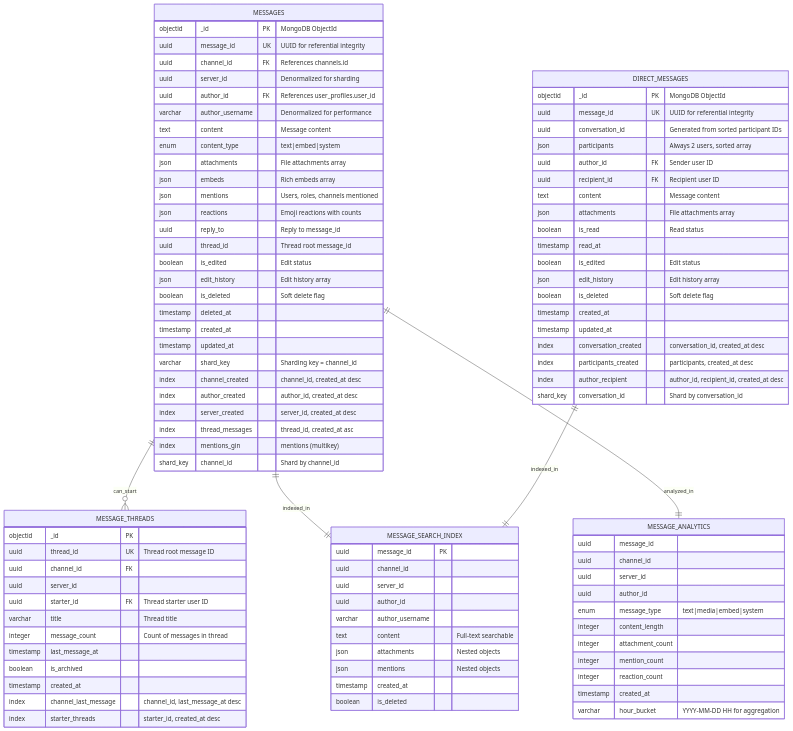
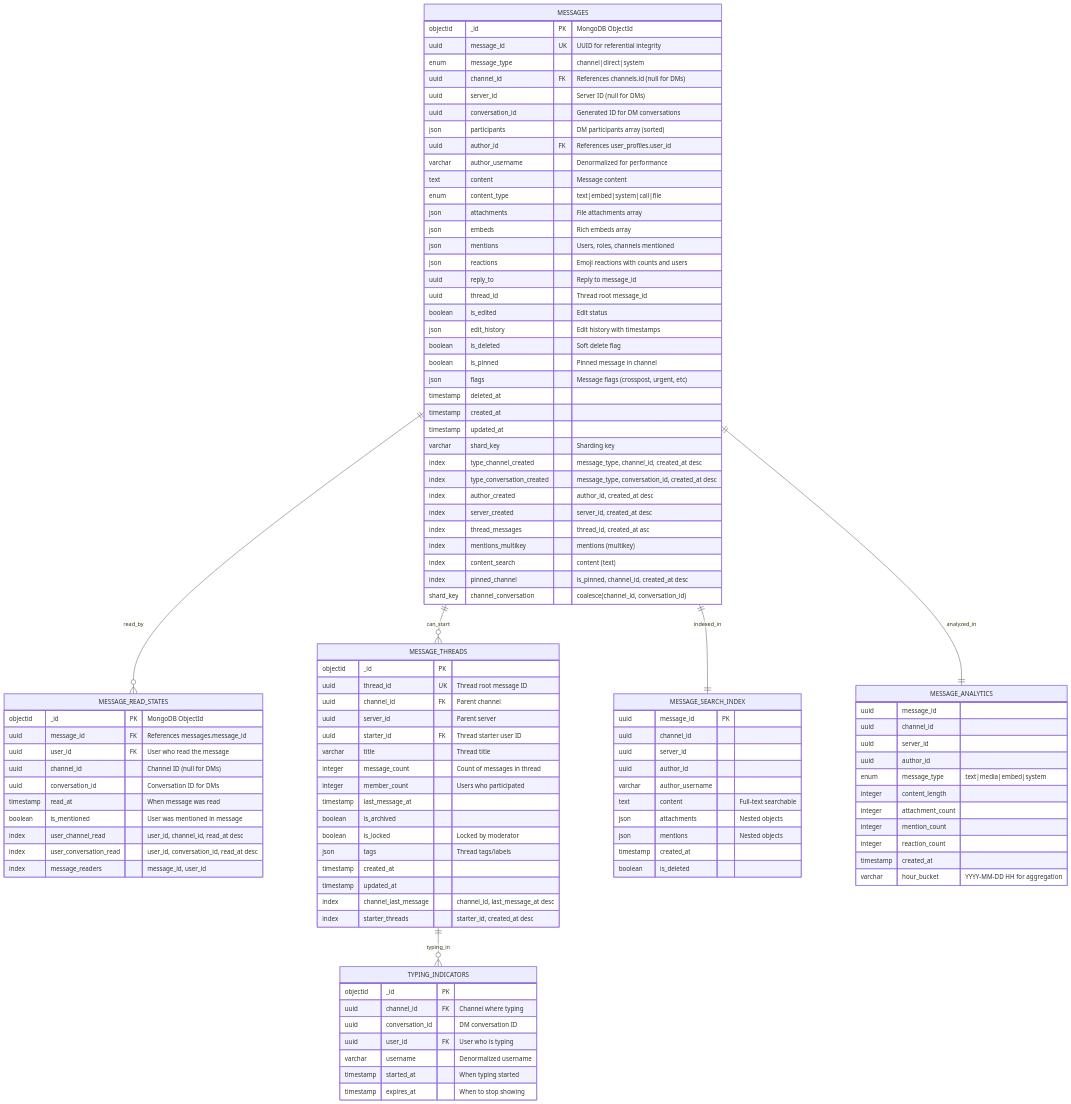
The diagram in diagrams/database/message-service-schema.mmd (NghiaTV2603/Flux-App), drawn with Mermaid before and after one commit. The commit also changed 39 other files, not shown here.

Commit message:
feat: setup server service

```diff
--- a/diagrams/database/message-service-schema.mmd
+++ b/diagrams/database/message-service-schema.mmd
@@ -1,112 +1,127 @@
 erDiagram
+    %% MESSAGE SERVICE (merged Channel Messages + Direct Messages)
     MESSAGES {
         objectid _id PK "MongoDB ObjectId"
         uuid message_id UK "UUID for referential integrity"
-        uuid channel_id FK "References channels.id"
-        uuid server_id "Denormalized for sharding"
+        enum message_type "channel|direct|system"
+        uuid channel_id FK "References channels.id (null for DMs)"
+        uuid server_id "Server ID (null for DMs)"
+        uuid conversation_id "Generated ID for DM conversations"
+        json participants "DM participants array (sorted)"
         uuid author_id FK "References user_profiles.user_id"
         varchar author_username "Denormalized for performance"
         text content "Message content"
-        enum content_type "text|embed|system"
+        enum content_type "text|embed|system|call|file"
         json attachments "File attachments array"
         json embeds "Rich embeds array"
         json mentions "Users, roles, channels mentioned"
-        json reactions "Emoji reactions with counts"
+        json reactions "Emoji reactions with counts and users"
         uuid reply_to "Reply to message_id"
         uuid thread_id "Thread root message_id"
         boolean is_edited "Edit status"
-        json edit_history "Edit history array"
+        json edit_history "Edit history with timestamps"
         boolean is_deleted "Soft delete flag"
+        boolean is_pinned "Pinned message in channel"
+        json flags "Message flags (crosspost, urgent, etc)"
         timestamp deleted_at
         timestamp created_at
         timestamp updated_at
-        varchar shard_key "Sharding key = channel_id"
+        varchar shard_key "Sharding key"
     }
     
-    DIRECT_MESSAGES {
+    MESSAGE_READ_STATES {
         objectid _id PK "MongoDB ObjectId"
-        uuid message_id UK "UUID for referential integrity"
-        uuid conversation_id "Generated from sorted participant IDs"
-        json participants "Always 2 users, sorted array"
-        uuid author_id FK "Sender user ID"
-        uuid recipient_id FK "Recipient user ID"
-        text content "Message content"
-        json attachments "File attachments array"
-        boolean is_read "Read status"
-        timestamp read_at
-        boolean is_edited "Edit status"
-        json edit_history "Edit history array"
-        boolean is_deleted "Soft delete flag"
-        timestamp created_at
-        timestamp updated_at
+        uuid message_id FK "References messages.message_id"
+        uuid user_id FK "User who read the message"
+        uuid channel_id "Channel ID (null for DMs)"
+        uuid conversation_id "Conversation ID for DMs"
+        timestamp read_at "When message was read"
+        boolean is_mentioned "User was mentioned in message"
     }
     
     MESSAGE_THREADS {
         objectid _id PK
         uuid thread_id UK "Thread root message ID"
-        uuid channel_id FK
-        uuid server_id
+        uuid channel_id FK "Parent channel"
+        uuid server_id "Parent server"
         uuid starter_id FK "Thread starter user ID"
         varchar title "Thread title"
         integer message_count "Count of messages in thread"
+        integer member_count "Users who participated"
         timestamp last_message_at
         boolean is_archived
+        boolean is_locked "Locked by moderator"
+        json tags "Thread tags/labels"
         timestamp created_at
+        timestamp updated_at
+    }
+    
+    TYPING_INDICATORS {
+        objectid _id PK
+        uuid channel_id FK "Channel where typing"
+        uuid conversation_id "DM conversation ID"
+        uuid user_id FK "User who is typing"
+        varchar username "Denormalized username"
+        timestamp started_at "When typing started"
+        timestamp expires_at "When to stop showing"
     }
     
     %% Read Models (Elasticsearch)
     MESSAGE_SEARCH_INDEX {
         uuid message_id PK
         uuid channel_id
         uuid server_id
         uuid author_id
         varchar author_username
         text content "Full-text searchable"
         json attachments "Nested objects"
         json mentions "Nested objects"
         timestamp created_at
         boolean is_deleted
     }
     
     %% Analytics (ClickHouse)
     MESSAGE_ANALYTICS {
         uuid message_id
         uuid channel_id
         uuid server_id
         uuid author_id
         enum message_type "text|media|embed|system"
         integer content_length
         integer attachment_count
         integer mention_count
         integer reaction_count
         timestamp created_at
         varchar hour_bucket "YYYY-MM-DD HH for aggregation"
     }
     
     %% Relationships (Conceptual in MongoDB)
+    MESSAGES ||--o{ MESSAGE_READ_STATES : "read_by"
     MESSAGES ||--o{ MESSAGE_THREADS : "can_start"
     MESSAGES ||--|| MESSAGE_SEARCH_INDEX : "indexed_in"
     MESSAGES ||--|| MESSAGE_ANALYTICS : "analyzed_in"
-    DIRECT_MESSAGES ||--|| MESSAGE_SEARCH_INDEX : "indexed_in"
+    MESSAGE_THREADS ||--o{ TYPING_INDICATORS : "typing_in"
     
     %% MongoDB Indexes
     MESSAGES {
-        index channel_created "channel_id, created_at desc"
-        index author_created "author_id, created_at desc" 
+        index type_channel_created "message_type, channel_id, created_at desc"
+        index type_conversation_created "message_type, conversation_id, created_at desc"
+        index author_created "author_id, created_at desc"
         index server_created "server_id, created_at desc"
         index thread_messages "thread_id, created_at asc"
-        index mentions_gin "mentions (multikey)"
-        shard_key channel_id "Shard by channel_id"
+        index mentions_multikey "mentions (multikey)"
+        index content_search "content (text)"
+        index pinned_channel "is_pinned, channel_id, created_at desc"
+        shard_key channel_conversation "coalesce(channel_id, conversation_id)"
     }
     
-    DIRECT_MESSAGES {
-        index conversation_created "conversation_id, created_at desc"
-        index participants_created "participants, created_at desc"
-        index author_recipient "author_id, recipient_id, created_at desc"
-        shard_key conversation_id "Shard by conversation_id"
+    MESSAGE_READ_STATES {
+        index user_channel_read "user_id, channel_id, read_at desc"
+        index user_conversation_read "user_id, conversation_id, read_at desc"
+        index message_readers "message_id, user_id"
     }
     
     MESSAGE_THREADS {
         index channel_last_message "channel_id, last_message_at desc"
         index starter_threads "starter_id, created_at desc"
     } 
```
